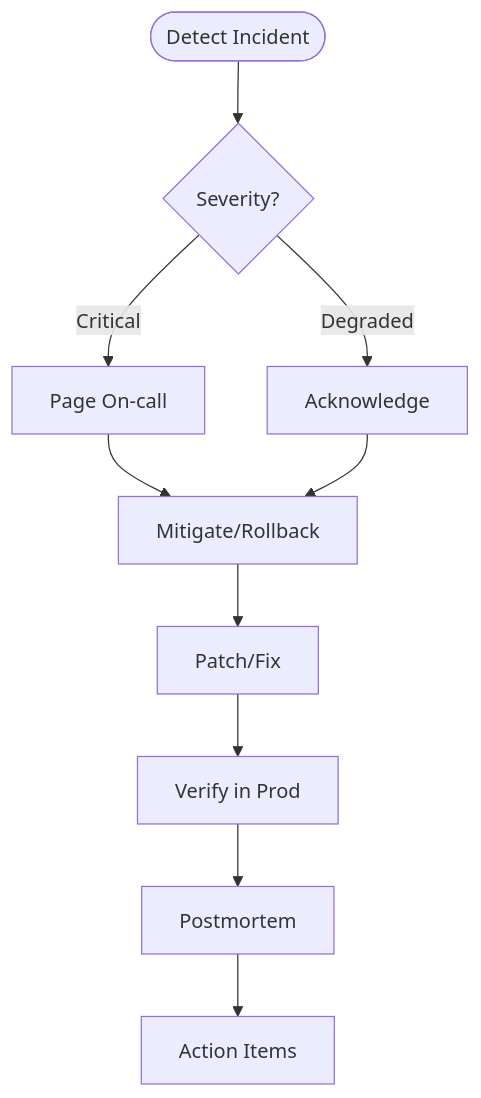
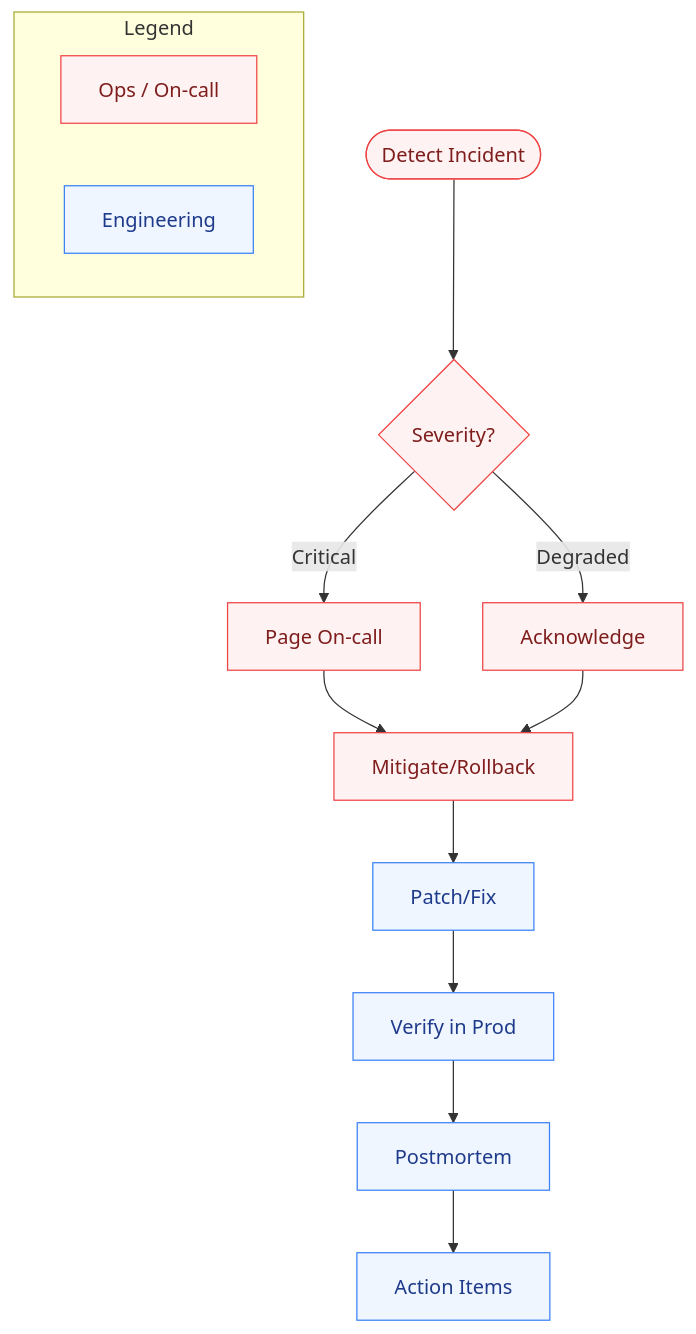
One commit to kpm34/college-football-fantasy-app changed the diagram in docs/diagrams/workflows/fix-prod-incident.md. Above: the diagram before and after it, drawn with Mermaid. The commit also changed 20 other files, not shown here.

````diff
--- a/docs/diagrams/workflows/fix-prod-incident.md
+++ b/docs/diagrams/workflows/fix-prod-incident.md
@@ -7,12 +7,24 @@
 ```mermaid
 flowchart TD
   DETECT([Detect Incident]) --> TRIAGE{Severity?}
   TRIAGE -- Critical --> PAGE[Page On‑call]
   TRIAGE -- Degraded --> ACK[Acknowledge]
   PAGE --> MITIGATE[Mitigate/Rollback]
   ACK --> MITIGATE
   MITIGATE --> FIX[Patch/Fix]
   FIX --> VERIFY[Verify in Prod]
   VERIFY --> POST[Postmortem]
   POST --> IMPROVE[Action Items]
+
+  %% Lane colors (Ops vs Eng)
+  classDef laneOps fill:#FEF2F2,stroke:#EF4444,color:#7F1D1D
+  classDef laneEng fill:#EFF6FF,stroke:#3B82F6,color:#1E3A8A
+  class DETECT,TRIAGE,PAGE,ACK,MITIGATE laneOps
+  class FIX,VERIFY,POST,IMPROVE laneEng
+
+  %% Legend
+  subgraph Legend
+    L1[Ops / On‑call]:::laneOps
+    L2[Engineering]:::laneEng
+  end
 ```
````
